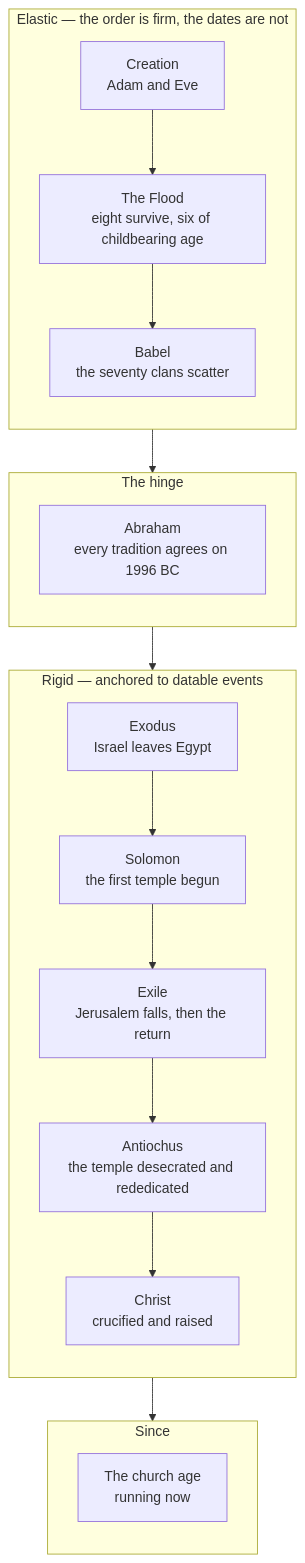
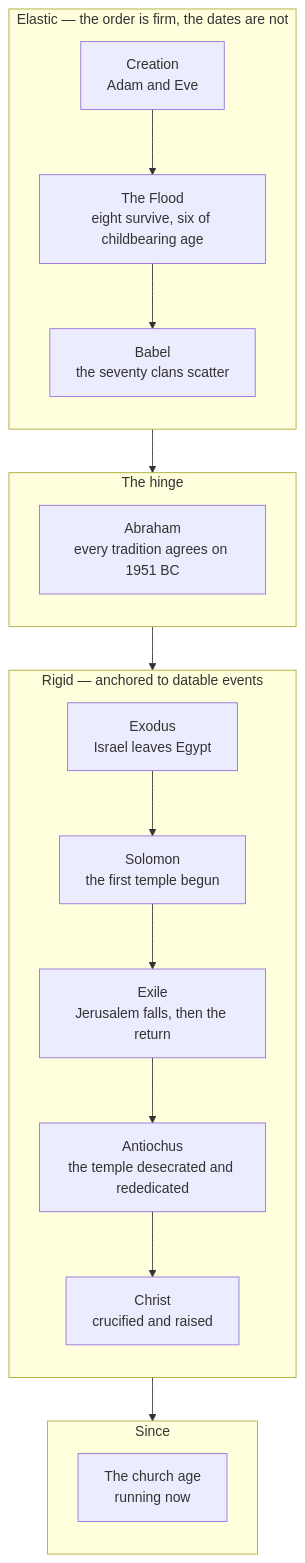
The second of 3 diagrams in docs/content/last-things/combined-timeline.md (ding0t/bible_studies), drawn with Mermaid before and after one commit. The commit also changed other lines of this file and 35 other files, not shown here.

````diff
--- a/docs/content/last-things/combined-timeline.md
+++ b/docs/content/last-things/combined-timeline.md
@@ -60,26 +60,26 @@
 ```mermaid
 flowchart TD
     subgraph elastic["Elastic — the order is firm, the dates are not"]
       direction TB
       A["Creation<br/>Adam and Eve"] --> B["The Flood<br/>eight survive, six of childbearing age"]
       B --> C["Babel<br/>the seventy clans scatter"]
     end
     subgraph hinge["The hinge"]
       direction TB
-      D["Abraham<br/>every tradition agrees on 1996 BC"]
+      D["Abraham<br/>every tradition agrees on 1951 BC"]
     end
     subgraph rigid["Rigid — anchored to datable events"]
       direction TB
       E["Exodus<br/>Israel leaves Egypt"] --> F["Solomon<br/>the first temple begun"]
       F --> G["Exile<br/>Jerusalem falls, then the return"]
       G --> H["Antiochus<br/>the temple desecrated and rededicated"]
       H --> I["Christ<br/>crucified and raised"]
     end
     subgraph since["Since"]
       direction TB
       J["The church age<br/>running now"]
     end
     elastic --> hinge
     hinge --> rigid
     rigid --> since
 ```
````
